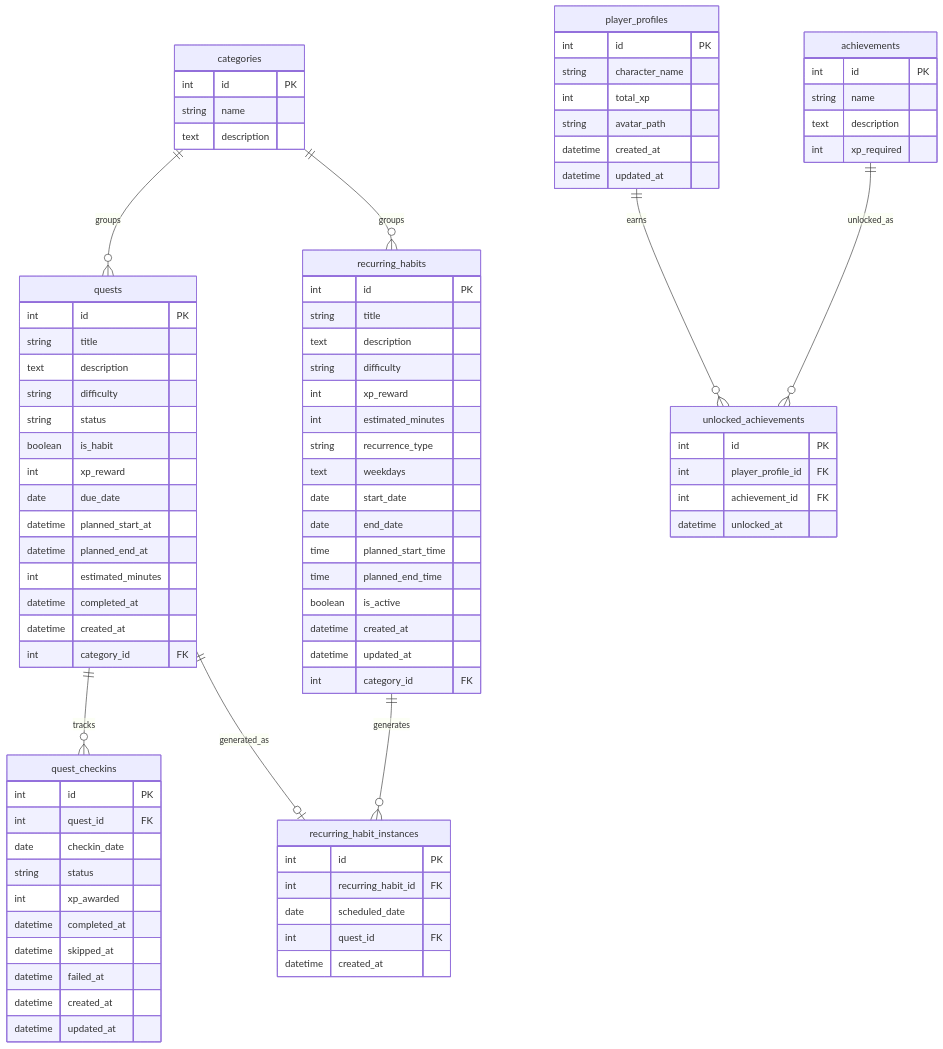
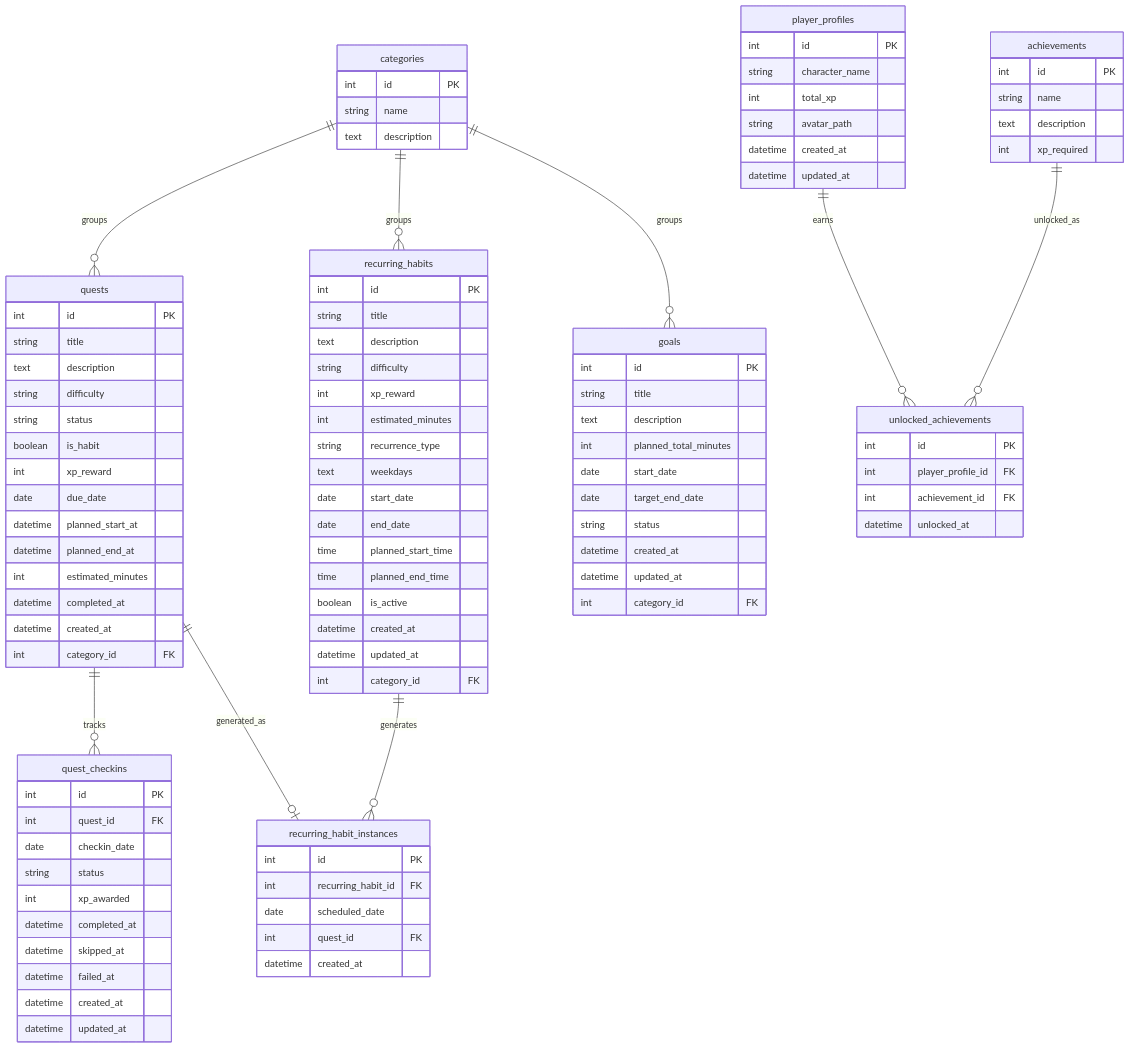
One commit to BaseMar/habit-quest-analytics changed the diagram in docs/data_model.md. Above: the diagram before and after it, drawn with Mermaid. The commit also changed other lines of this file and 7 other files, not shown here.

```diff
--- a/docs/data_model.md
+++ b/docs/data_model.md
@@ -214,6 +240,7 @@
 erDiagram
     categories ||--o{ quests : groups
     categories ||--o{ recurring_habits : groups
+    categories ||--o{ goals : groups
     quests ||--o{ quest_checkins : tracks
     recurring_habits ||--o{ recurring_habit_instances : generates
     quests ||--o| recurring_habit_instances : generated_as
@@ -240,6 +267,19 @@
         int estimated_minutes
         datetime completed_at
         datetime created_at
+        int category_id FK
+    }
+
+    goals {
+        int id PK
+        string title
+        text description
+        int planned_total_minutes
+        date start_date
+        date target_end_date
+        string status
+        datetime created_at
+        datetime updated_at
         int category_id FK
     }
 
```
